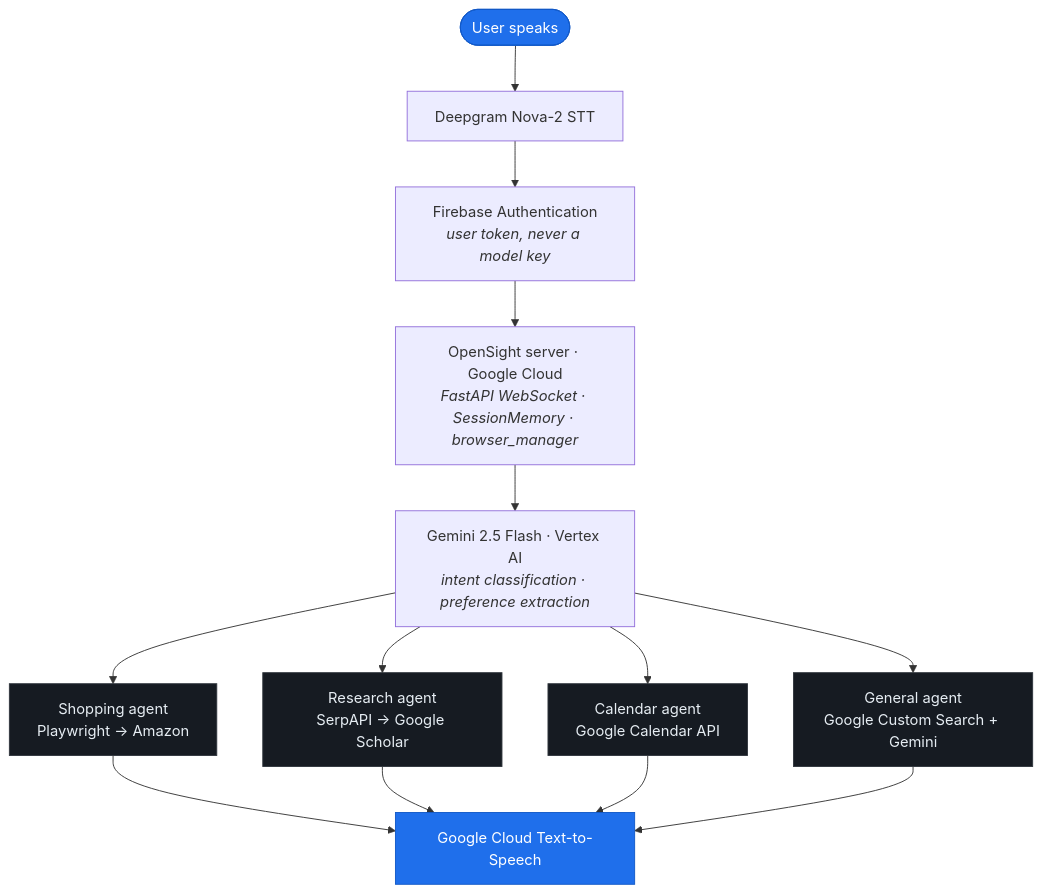
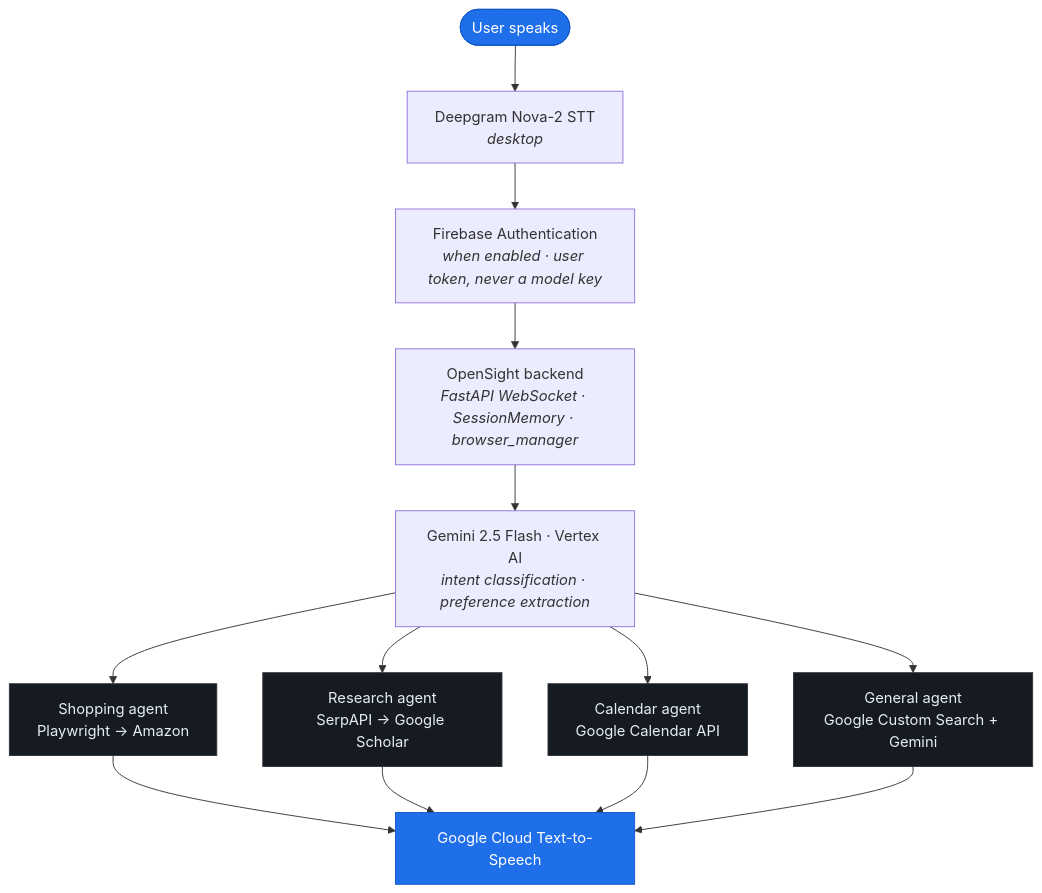
One commit to abhisomala/OpenSight_GDGChallenge_2026 changed the diagram in README.md. Above: the diagram before and after it, drawn with Mermaid. The commit also changed other lines of this file and 2 other files, not shown here.

````diff
--- a/README.md
+++ b/README.md
@@ -92,20 +96,20 @@
 ```mermaid
 flowchart TD
-    A([User speaks]):::io --> B[Deepgram Nova-2 STT]
-    B --> C[Firebase Authentication<br/><i>user token, never a model key</i>]
-    C --> D[OpenSight server · Google Cloud<br/><i>FastAPI WebSocket · SessionMemory · browser_manager</i>]
+    A([User speaks]):::io --> B[Deepgram Nova-2 STT<br/><i>desktop</i>]
+    B --> C[Firebase Authentication<br/><i>when enabled · user token, never a model key</i>]
+    C --> D[OpenSight backend<br/><i>FastAPI WebSocket · SessionMemory · browser_manager</i>]
     D --> E[Gemini 2.5 Flash · Vertex AI<br/><i>intent classification · preference extraction</i>]
 
     E --> F[Shopping agent<br/>Playwright → Amazon]:::agent
     E --> G[Research agent<br/>SerpAPI → Google Scholar]:::agent
     E --> H[Calendar agent<br/>Google Calendar API]:::agent
     E --> I[General agent<br/>Google Custom Search + Gemini]:::agent
 
     F --> J[Google Cloud Text-to-Speech]:::io
     G --> J
     H --> J
     I --> J
 
     classDef io fill:#1f6feb,stroke:#1158c7,color:#ffffff
     classDef agent fill:#161b22,stroke:#30363d,color:#e6edf3
 ```
````
